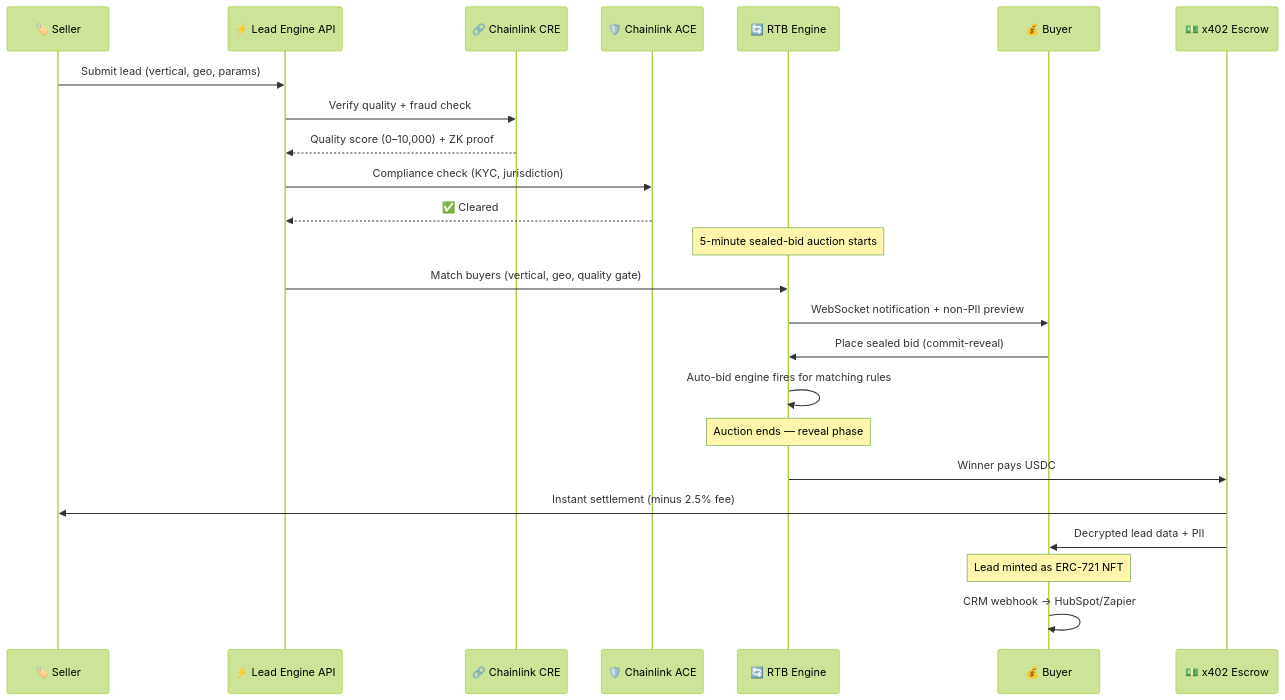
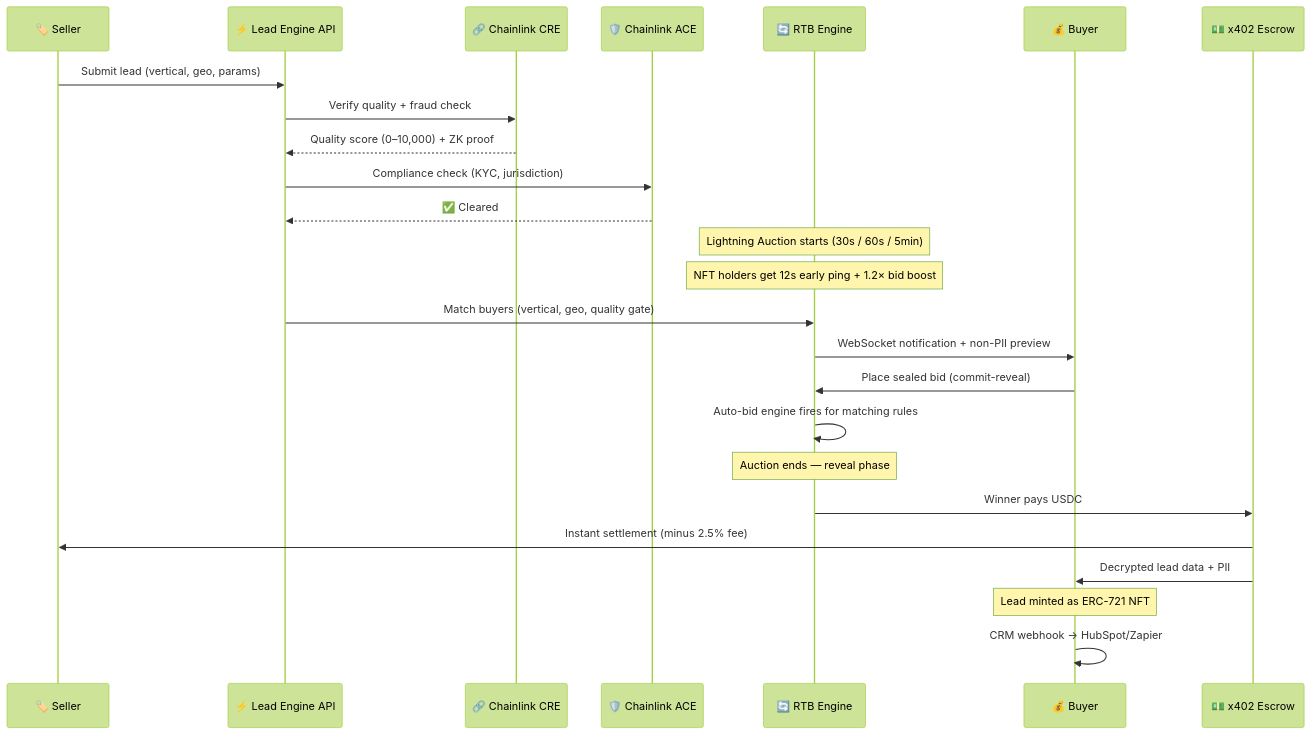
The first of 2 diagrams in README.md (bnmbnmai/lead-engine-cre), drawn with Mermaid (forest theme) before and after one commit. The commit also changed 4 other files, not shown here.

Commit message:
feat: clean Lightning Auction presets (Hot 30s / Standard 60s / Extended 5min) + 12s NFT holder priority

````diff
--- a/README.md
+++ b/README.md
@@ -39,31 +39,32 @@
 ```mermaid
 sequenceDiagram
     participant Seller as 🏷️ Seller
     participant API as ⚡ Lead Engine API
     participant CRE as 🔗 Chainlink CRE
     participant ACE as 🛡️ Chainlink ACE
     participant RTB as 🔄 RTB Engine
     participant Buyer as 💰 Buyer
     participant Escrow as 💵 x402 Escrow
 
     Seller->>API: Submit lead (vertical, geo, params)
     API->>CRE: Verify quality + fraud check
     CRE-->>API: Quality score (0–10,000) + ZK proof
     API->>ACE: Compliance check (KYC, jurisdiction)
     ACE-->>API: ✅ Cleared
 
-    Note over RTB: 5-minute sealed-bid auction starts
+    Note over RTB: Lightning Auction starts (30s / 60s / 5min)
+    Note over RTB: NFT holders get 12s early ping + 1.2× bid boost
 
     API->>RTB: Match buyers (vertical, geo, quality gate)
     RTB->>Buyer: WebSocket notification + non-PII preview
     Buyer->>RTB: Place sealed bid (commit-reveal)
     RTB->>RTB: Auto-bid engine fires for matching rules
 
     Note over RTB: Auction ends — reveal phase
 
     RTB->>Escrow: Winner pays USDC
     Escrow->>Seller: Instant settlement (minus 2.5% fee)
     Escrow->>Buyer: Decrypted lead data + PII
     Note over Buyer: Lead minted as ERC-721 NFT
     Buyer->>Buyer: CRM webhook → HubSpot/Zapier
 ```
````
